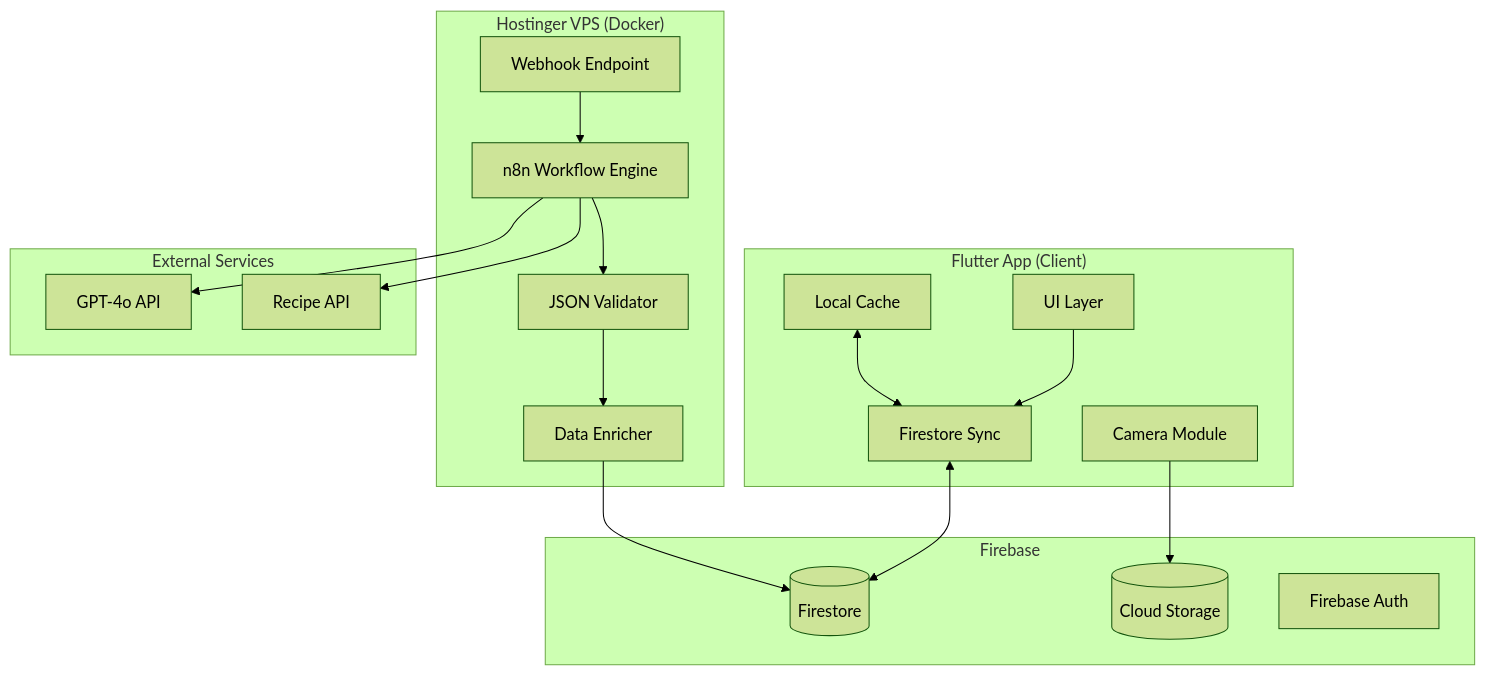
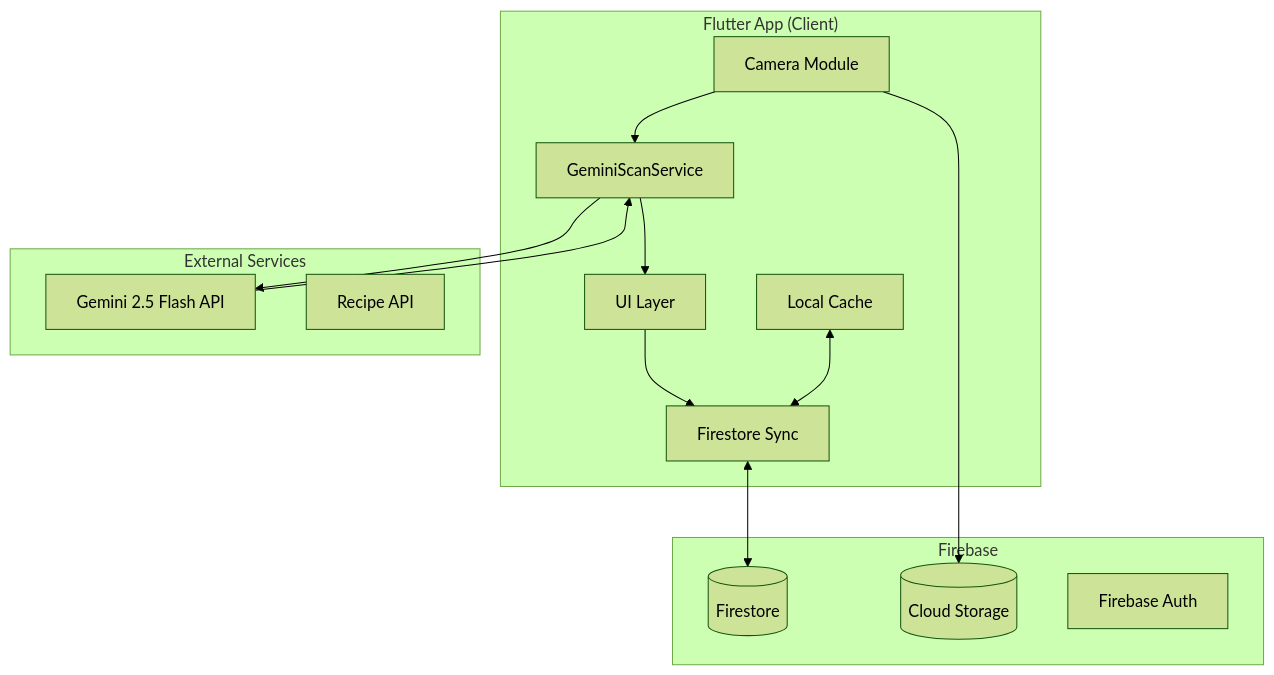
Before and after one commit to HeartThanakorn/sparfuchs-mobile-app: the second of 2 diagrams in specs/design.md, drawn with Mermaid (forest theme). The commit also changed other lines of this file and 2 other files, not shown here.

First line of the commit message:
docs: Update all specs to use Gemini 2.5 Flash

````diff
--- a/specs/design.md
+++ b/specs/design.md
@@ -44,39 +40,30 @@
 ```mermaid
 graph TB
     subgraph "Flutter App (Client)"
         CAM[Camera Module]
         UI[UI Layer]
+        GEMINI[GeminiScanService]
         SYNC[Firestore Sync]
         LOCAL[Local Cache]
     end
 
-    subgraph "Hostinger VPS (Docker)"
-        N8N[n8n Workflow Engine]
-        WEBHOOK[Webhook Endpoint]
-        VALIDATOR[JSON Validator]
-        ENRICHER[Data Enricher]
-    end
-
     subgraph "External Services"
-        GPT[GPT-4o API]
+        AI[Gemini 2.5 Flash API]
         RECIPE[Recipe API]
     end
 
     subgraph "Firebase"
         FS[(Firestore)]
         STORAGE[(Cloud Storage)]
         AUTH[Firebase Auth]
     end
 
-    CAM --> STORAGE
+    CAM --> GEMINI
+    GEMINI --> AI
+    AI --> GEMINI
+    GEMINI --> UI
     UI --> SYNC
     SYNC <--> FS
     LOCAL <--> SYNC
-
-    WEBHOOK --> N8N
-    N8N --> GPT
-    N8N --> VALIDATOR
-    VALIDATOR --> ENRICHER
-    ENRICHER --> FS
-    N8N --> RECIPE
+    CAM --> STORAGE
 ```
````
